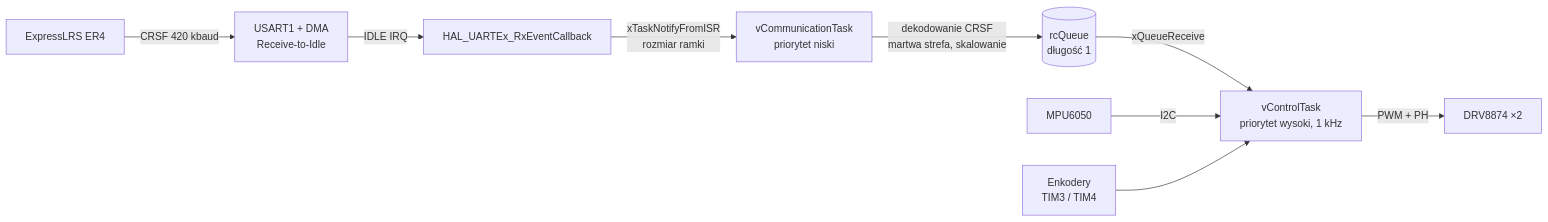
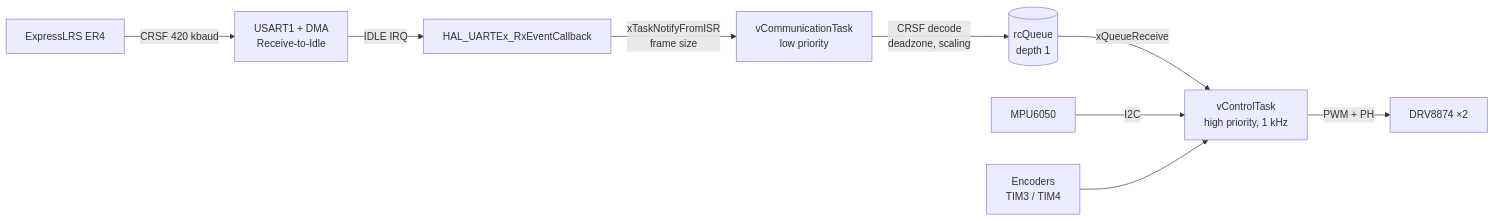
Before and after one commit to corki1337/stm32-self-balancing-robot: the first of 2 diagrams in README.md, drawn with Mermaid. The commit also changed other lines of this file, not shown here.

````diff
--- a/README.md
+++ b/README.md
@@ -76,11 +76,11 @@
 ```mermaid
 flowchart LR
     RX[ExpressLRS ER4] -- CRSF 420 kbaud --> UART[USART1 + DMA<br/>Receive-to-Idle]
     UART -- IDLE IRQ --> ISR[HAL_UARTEx_RxEventCallback]
-    ISR -- xTaskNotifyFromISR<br/>rozmiar ramki --> COMM[vCommunicationTask<br/>priorytet niski]
-    COMM -- dekodowanie CRSF<br/>martwa strefa, skalowanie --> Q[(rcQueue<br/>długość 1)]
-    Q -- xQueueReceive --> CTRL[vControlTask<br/>priorytet wysoki, 1 kHz]
+    ISR -- xTaskNotifyFromISR<br/>frame size --> COMM[vCommunicationTask<br/>low priority]
+    COMM -- CRSF decode<br/>deadzone, scaling --> Q[(rcQueue<br/>depth 1)]
+    Q -- xQueueReceive --> CTRL[vControlTask<br/>high priority, 1 kHz]
     IMU[MPU6050] -- I2C --> CTRL
-    ENC[Enkodery<br/>TIM3 / TIM4] --> CTRL
+    ENC[Encoders<br/>TIM3 / TIM4] --> CTRL
     CTRL -- PWM + PH --> DRV[DRV8874 ×2]
 ```
````
